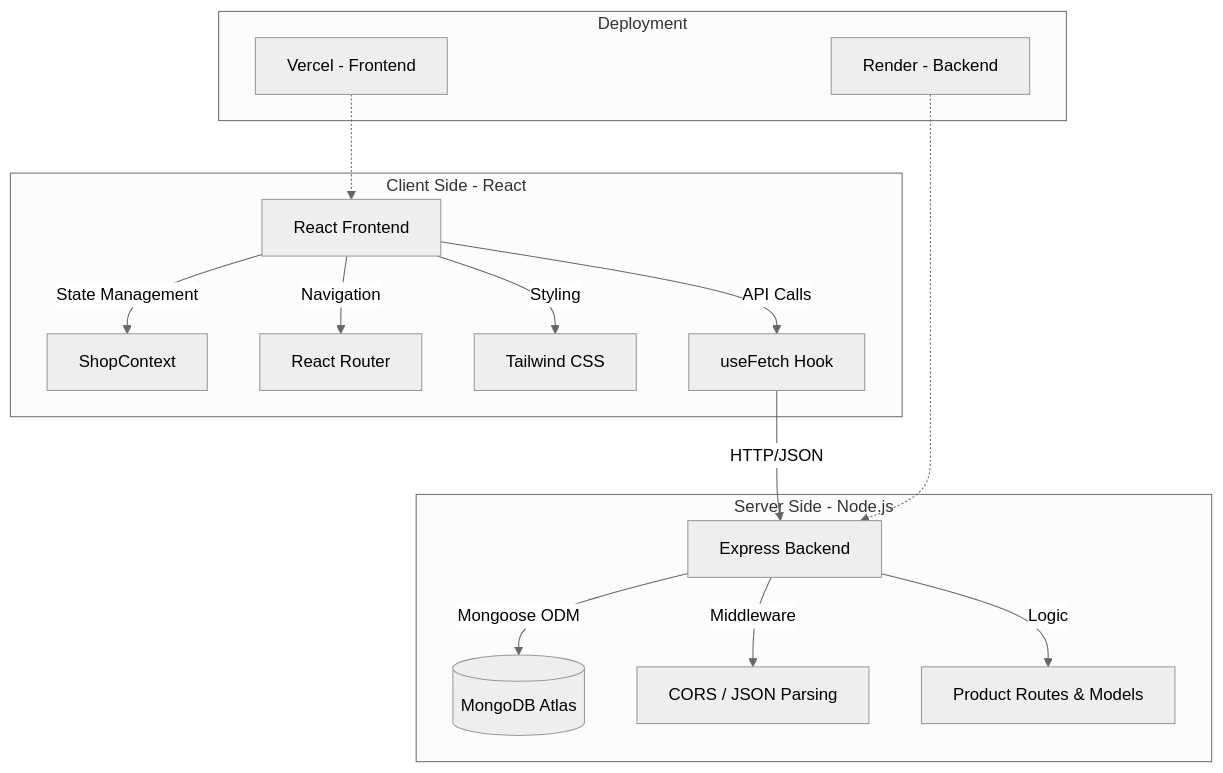
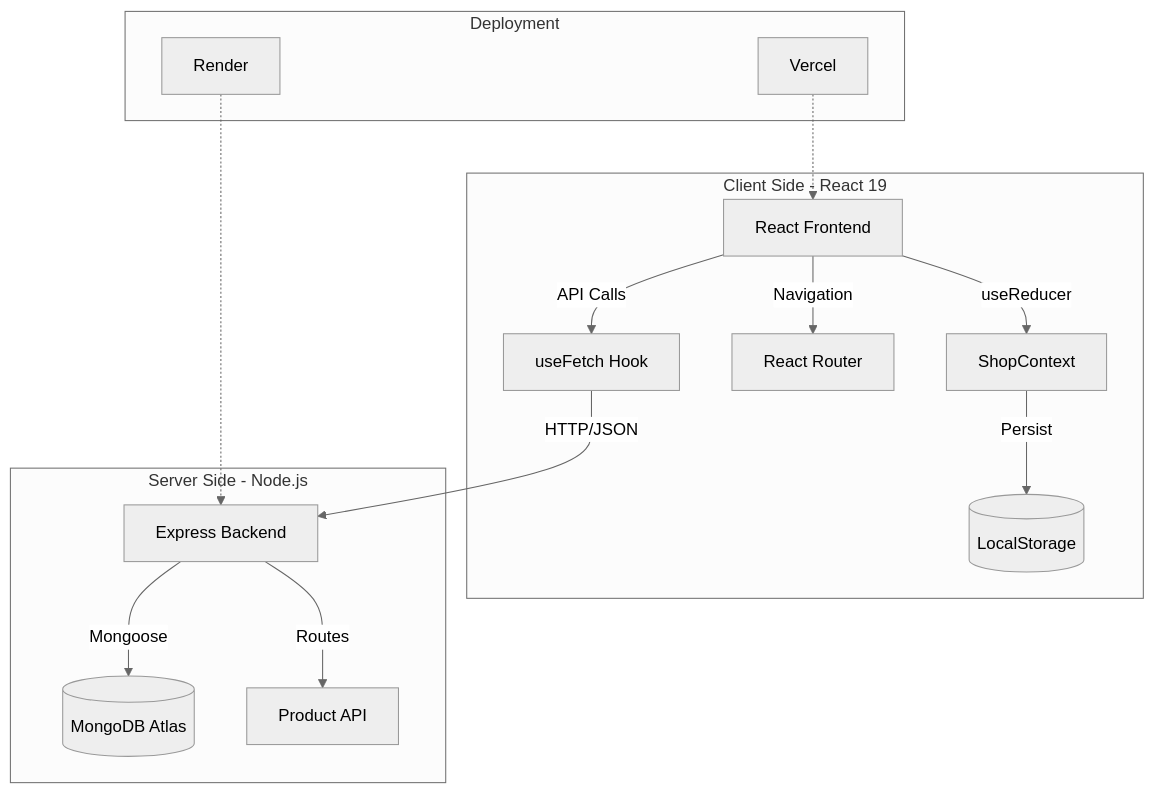
Before and after one commit to aaquib132/react-ecommerce-store: the diagram in README.md, drawn with Mermaid (neutral theme). The commit also changed other lines of this file, not shown here.

````diff
--- a/README.md
+++ b/README.md
@@ -184,22 +145,21 @@
 ```mermaid
 graph TD
-    subgraph Client [Client Side - React]
-        A[React Frontend] -->|State Management| D[ShopContext]
+    subgraph Client [Client Side - React 19]
+        A[React Frontend] -->|useReducer| D[ShopContext]
+        D -->|Persist| L[(LocalStorage)]
         A -->|Navigation| F[React Router]
-        A -->|Styling| G[Tailwind CSS]
         A -->|API Calls| H[useFetch Hook]
     end
 
     H -->|HTTP/JSON| B[Express Backend]
 
     subgraph Server [Server Side - Node.js]
-        B -->|Mongoose ODM| C[(MongoDB Atlas)]
-        B -->|Middleware| E[CORS / JSON Parsing]
-        B -->|Logic| I[Product Routes & Models]
+        B -->|Mongoose| C[(MongoDB Atlas)]
+        B -->|Routes| I[Product API]
     end
 
     subgraph Deployment
-        V[Vercel - Frontend] -.-> A
-        R[Render - Backend] -.-> B
+        V[Vercel] -.-> A
+        R[Render] -.-> B
     end
 ```
````
